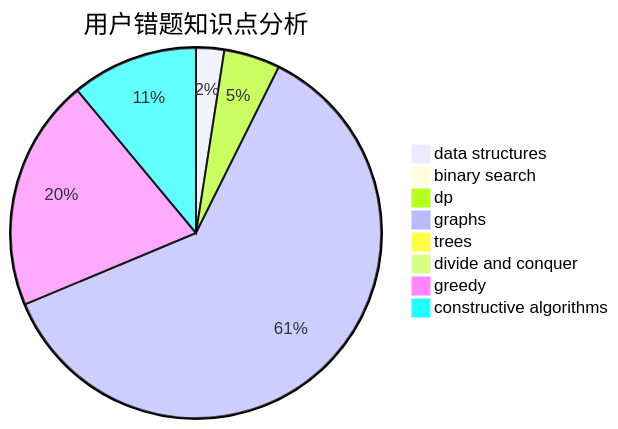
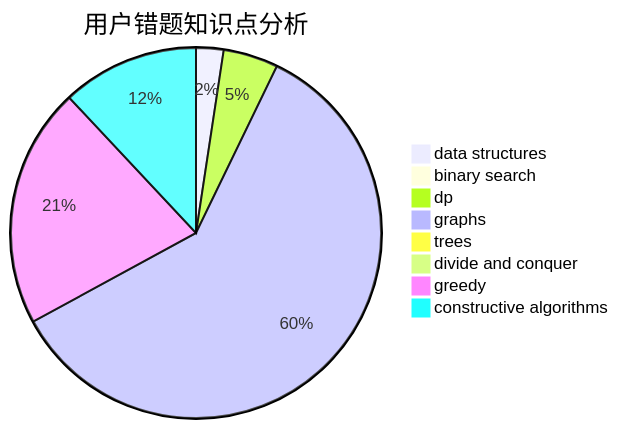
One commit to sherpahu/cfrs.github.io changed the third of 3 diagrams in docs/user/u255.md. Above: the diagram before and after it, drawn with Mermaid. The commit also changed other lines of this file and 2770 other files, not shown here.

````diff
--- a/docs/user/u255.md
+++ b/docs/user/u255.md
@@ -36,11 +36,11 @@
 ```mermaid
 pie title 用户错题知识点分析
     "data structures" :  4
     "binary search" :  0
     "dp" :  8
     "graphs" :  100
     "trees" :  0
     "divide and conquer" :  0
-    "greedy" :  33
-    "constructive algorithms" :  18
+    "greedy" :  35
+    "constructive algorithms" :  20
 ```
````
